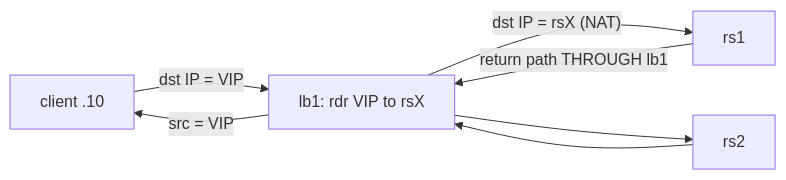
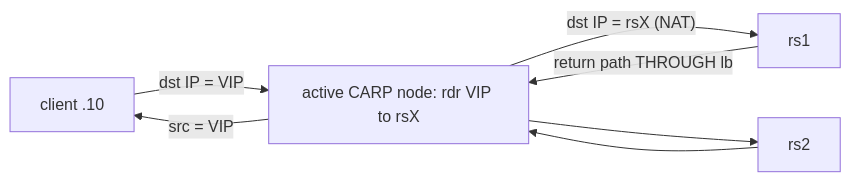
The second of 2 diagrams in docs/hld.md (wsgoggway/lb-dsr-lab), drawn with Mermaid before and after one commit. The commit also changed other lines of this file and 19 other files, not shown here.

````diff
--- a/docs/hld.md
+++ b/docs/hld.md
@@ -28,9 +41,9 @@
 ```mermaid
 flowchart LR
-    C["client .10"] -->|"dst IP = VIP"| LB["lb1: rdr VIP to rsX"]
+    C["client .10"] -->|"dst IP = VIP"| LB["active CARP node: rdr VIP to rsX"]
     LB -->|"dst IP = rsX (NAT)"| R1["rs1"]
     LB --> R2["rs2"]
-    R1 -->|"return path THROUGH lb1"| LB
+    R1 -->|"return path THROUGH lb"| LB
     R2 --> LB
     LB -->|"src = VIP"| C
 ```
````
